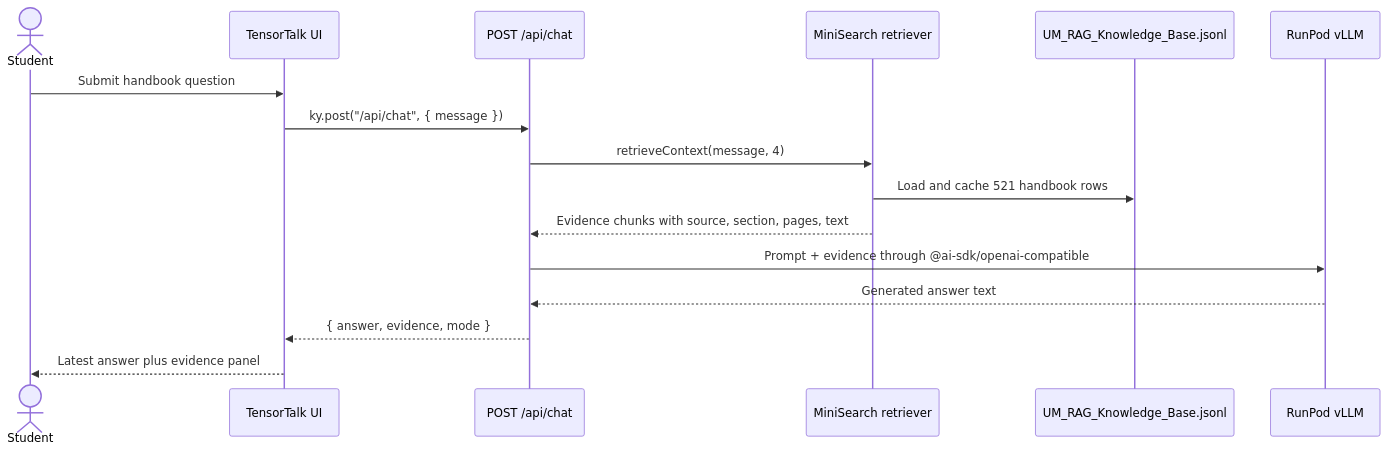
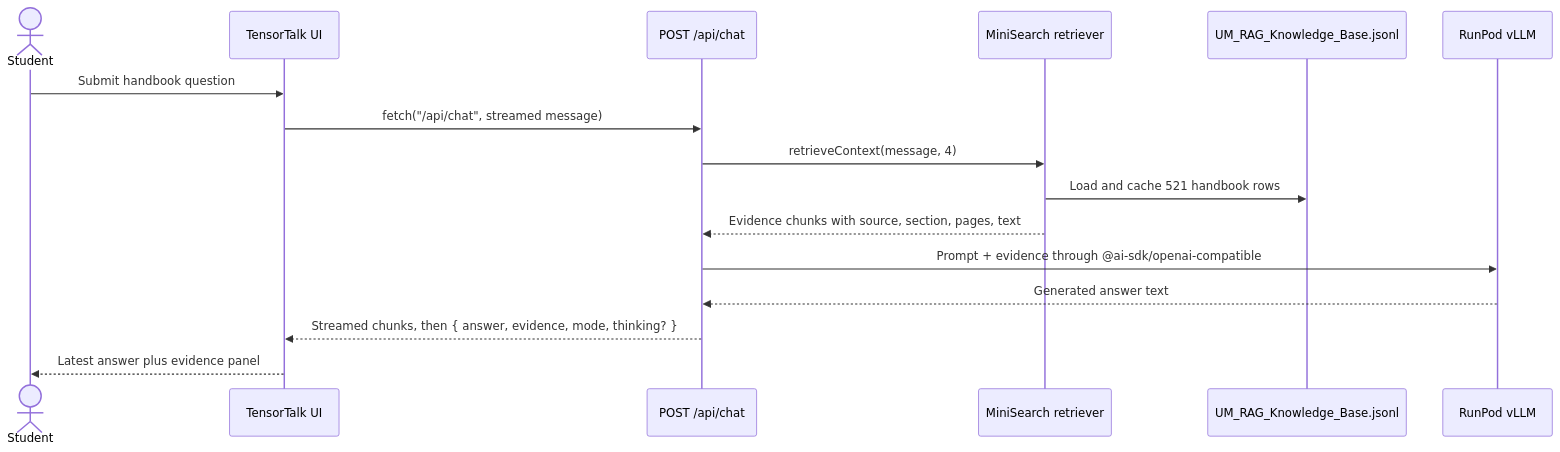
The diagram in docs/architecture.md (nfdlh/tensor-talk), drawn with Mermaid before and after one commit. The commit also changed other lines of this file and 9 other files, not shown here.

````diff
--- a/docs/architecture.md
+++ b/docs/architecture.md
@@ -7,19 +7,19 @@
 ```mermaid
 sequenceDiagram
   actor Student
   participant UI as TensorTalk UI
   participant API as POST /api/chat
   participant RAG as MiniSearch retriever
   participant KB as UM_RAG_Knowledge_Base.jsonl
   participant Model as RunPod vLLM
 
   Student->>UI: Submit handbook question
-  UI->>API: ky.post("/api/chat", { message })
+  UI->>API: fetch("/api/chat", streamed message)
   API->>RAG: retrieveContext(message, 4)
   RAG->>KB: Load and cache 521 handbook rows
   RAG-->>API: Evidence chunks with source, section, pages, text
   API->>Model: Prompt + evidence through @ai-sdk/openai-compatible
   Model-->>API: Generated answer text
-  API-->>UI: { answer, evidence, mode }
+  API-->>UI: Streamed chunks, then { answer, evidence, mode, thinking? }
   UI-->>Student: Latest answer plus evidence panel
 ```
````
